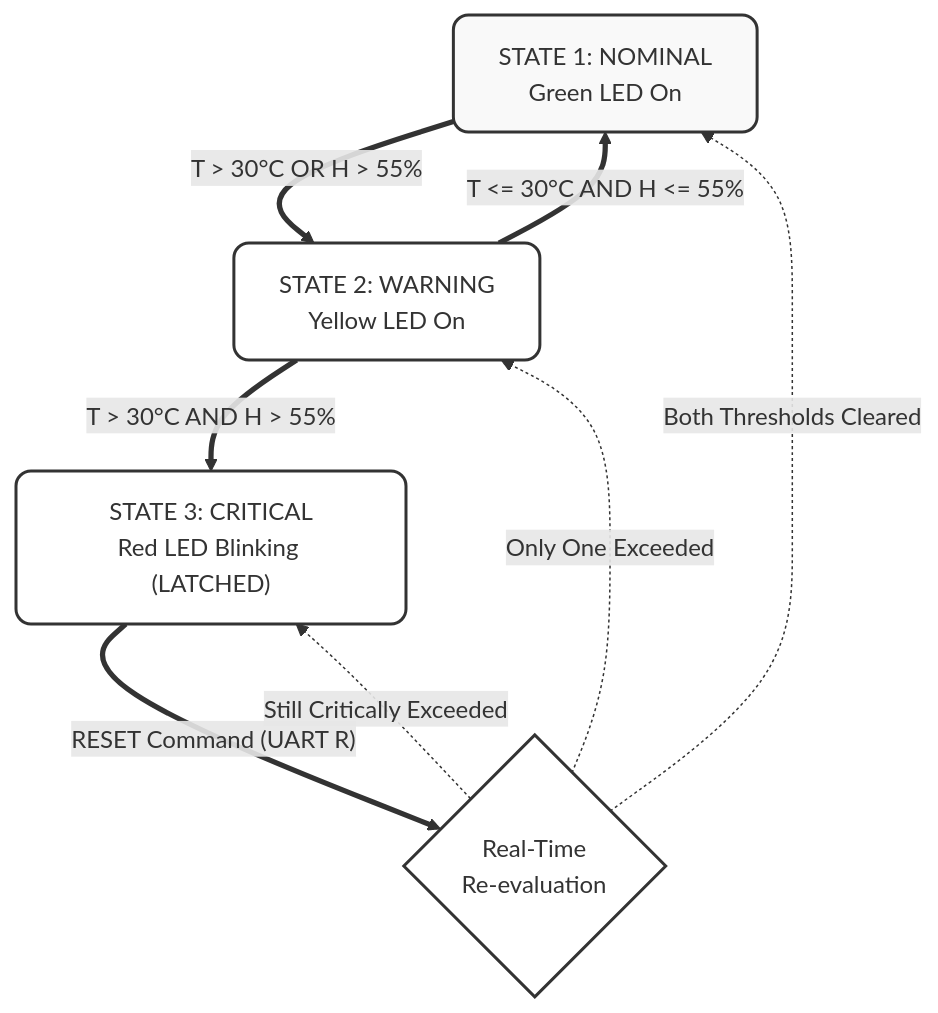
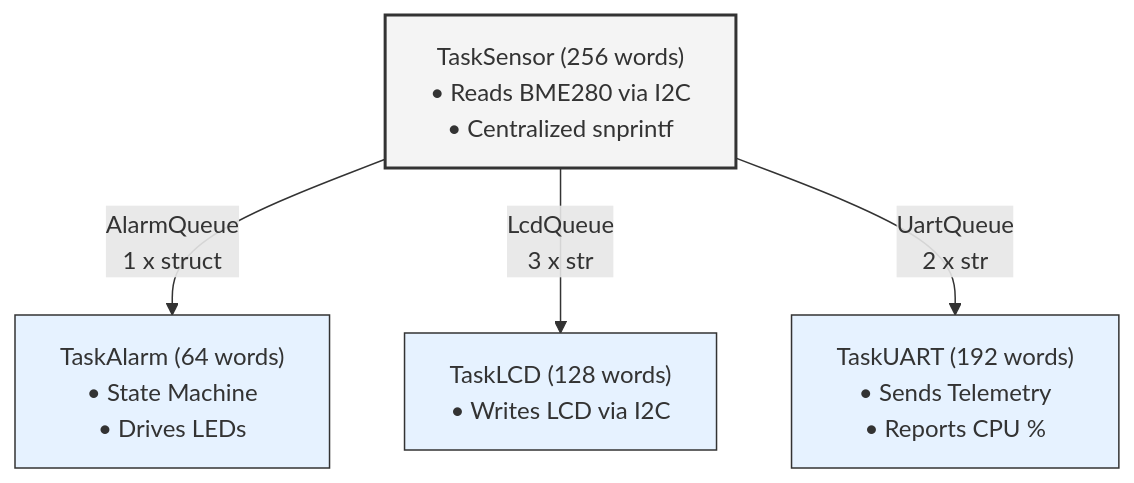
The first of 2 diagrams in README.md (gienyne/SenseLink-Firmware-FreeRtos), drawn with Mermaid before and after one commit.

````diff
--- a/README.md
+++ b/README.md
@@ -107,29 +107,19 @@
 ```mermaid
 graph TD
-    %% Configuration des styles (Design simple et net, sans couleurs)
-    classDef nominal fill:#f9f9f9,stroke:#333,stroke-width:2px,rx:10px,ry:10px;
-    classDef warning fill:#fff,stroke:#333,stroke-width:2px,rx:10px,ry:10px;
-    classDef critical fill:#fff,stroke:#333,stroke-width:2px,rx:10px,ry:10px;
-    classDef decision fill:#ffffff,stroke:#333,stroke-width:2px;
+    %% Nodes
+    TaskSensor["TaskSensor (256 words)<br/>• Reads BME280 via I2C<br/>• Centralized snprintf"]
+    TaskAlarm["TaskAlarm (64 words)<br/>• State Machine<br/>• Drives LEDs"]
+    TaskLCD["TaskLCD (128 words)<br/>• Writes LCD via I2C"]
+    TaskUART["TaskUART (192 words)<br/>• Sends Telemetry<br/>• Reports CPU %"]
 
-    %% Configuration des etats (Simple et direct)
-    S1["STATE 1: NOMINAL<br/>Green LED On"]:::nominal
-    S2["STATE 2: WARNING<br/>Yellow LED On"]:::warning
-    S3["STATE 3: CRITICAL<br/>Red LED Blinking (LATCHED)"]:::critical
-    EVAL{"Real-Time<br/>Re-evaluation"}:::decision
+    %% Queues
+    TaskSensor -->|AlarmQueue<br/>1 x struct| TaskAlarm
+    TaskSensor -->|LcdQueue<br/>3 x str| TaskLCD
+    TaskSensor -->|UartQueue<br/>2 x str| TaskUART
 
-    %% Flux Nominal <-> Warning (Alignement parfait)
-    S1 ==>|T > 30°C OR H > 55%| S2
-    S2 ==>|T <= 30°C AND H <= 55%| S1
-
-    %% Escalade vers Critical (Simple et propre)
-    S2 ==>|T > 30°C AND H > 55%| S3
-
-    %% Commande de RESET (Action de l'utilisateur) - Guillemets corrigés ici
-    S3 ==>|"RESET Command (UART R)"| EVAL
-
-    %% Résultats de la réévaluation (Non-entremêlés, routes claires)
-    EVAL -.->|Both Thresholds Cleared| S1
-    EVAL -.->|Still Critically Exceeded| S3
-    EVAL -.->|Only One Exceeded| S2
+    %% Styling
+    style TaskSensor fill:#f4f4f4,stroke:#333,stroke-width:2px
+    style TaskAlarm fill:#e6f2ff,stroke:#333,stroke-width:1px
+    style TaskLCD fill:#e6f2ff,stroke:#333,stroke-width:1px
+    style TaskUART fill:#e6f2ff,stroke:#333,stroke-width:1px
 ```
````
